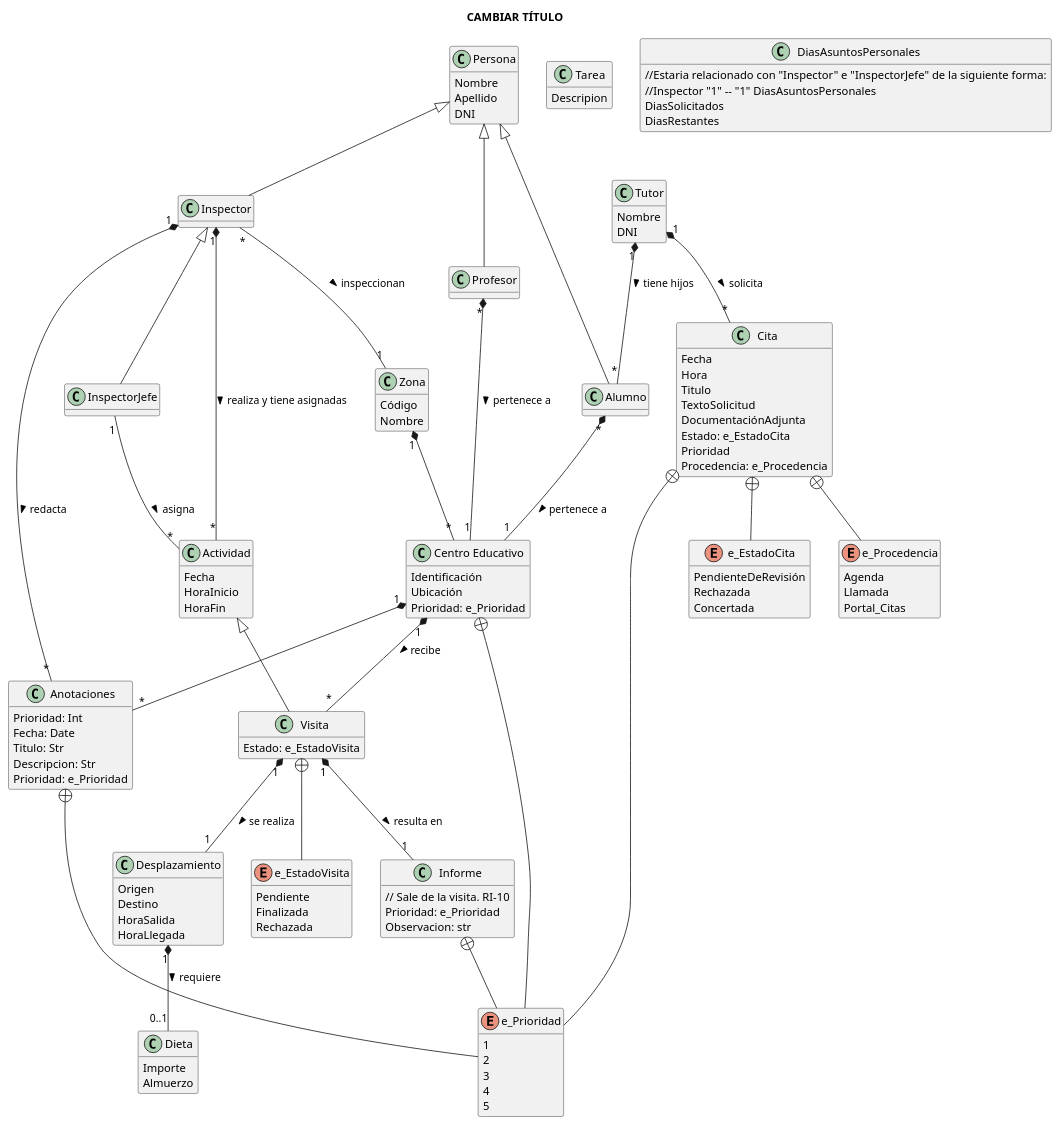
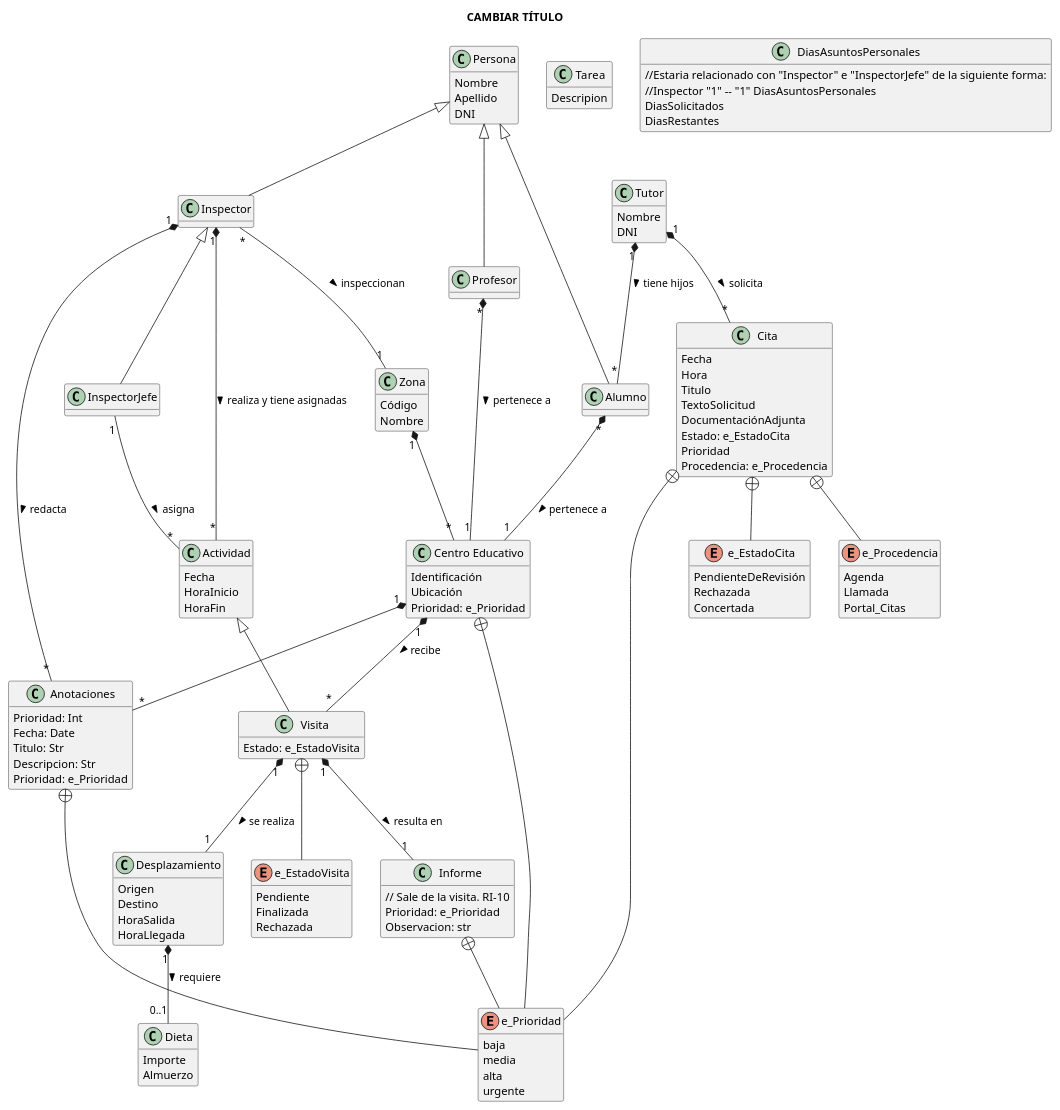
The diagram in docs/modelado_conceptual.puml (lorenzomaranon/ProyectoBD_Inspeccion_Educativa), drawn with PlantUML before and after one commit.

Commit message:
Cambio enum Prioridad

```diff
--- a/docs/modelado_conceptual.puml
+++ b/docs/modelado_conceptual.puml
@@ -194,11 +194,10 @@
 
 
 enum e_Prioridad {
-    1
-    2
-    3
-    4
-    5
+    baja
+    media
+    alta
+    urgente
 }
 
 class DiasAsuntosPersonales {
```
